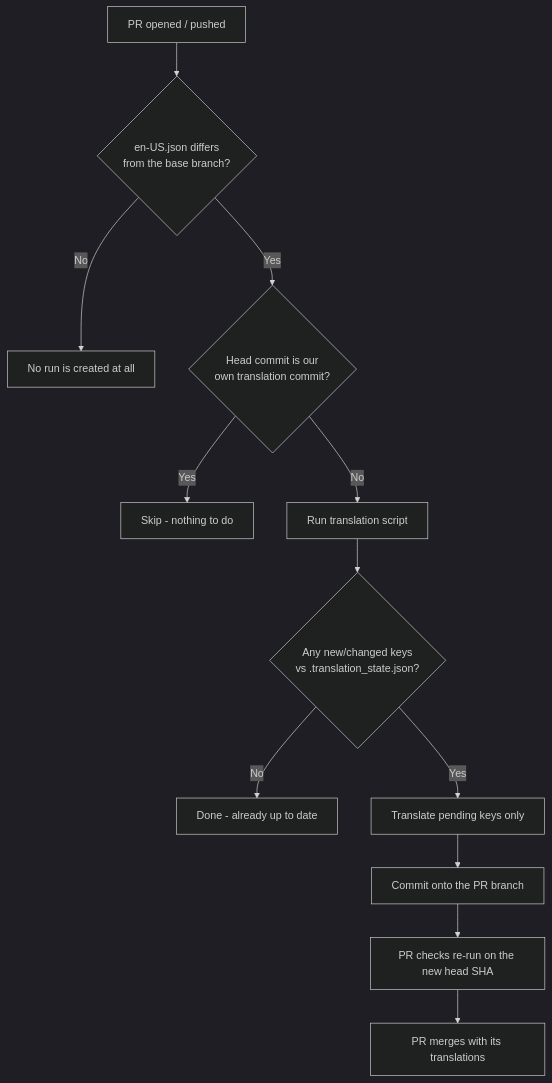
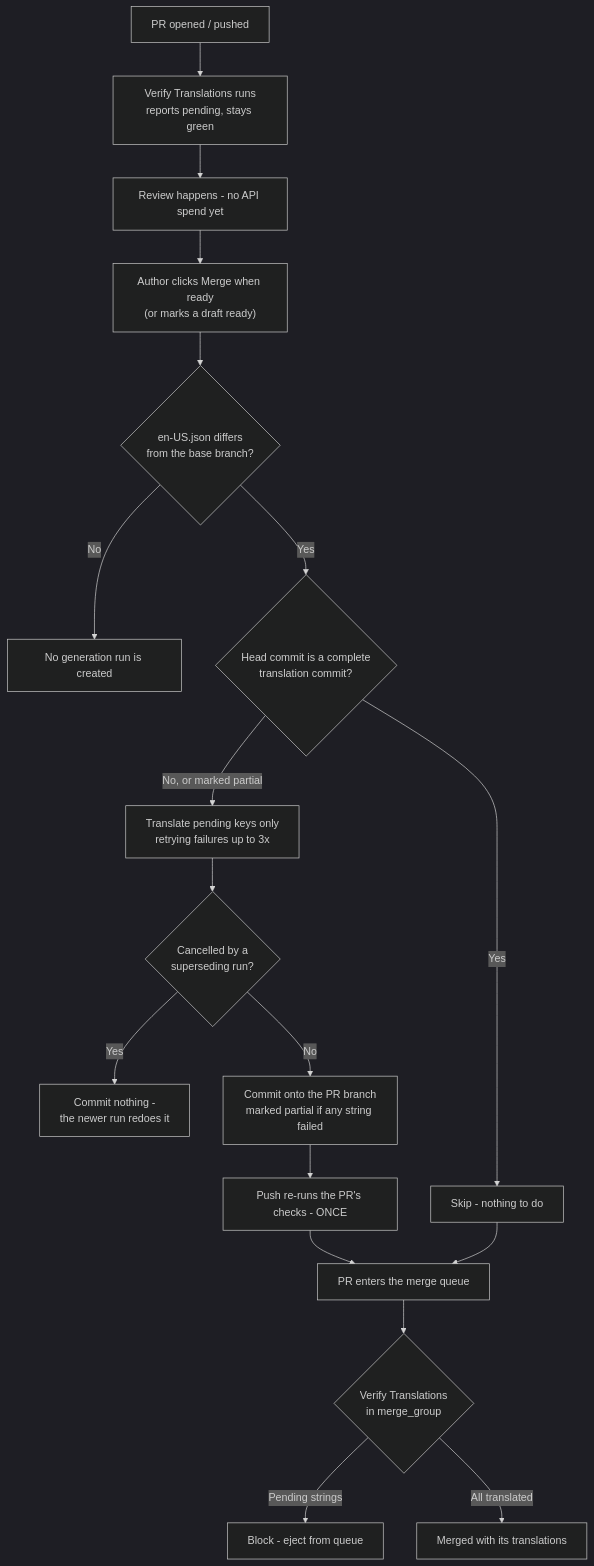
The diagram in scripts/translations/README.md (openobserve/openobserve), drawn with Mermaid (dark theme) before and after one commit. The commit also changed other lines of this file and 5 other files, not shown here.

````diff
--- a/scripts/translations/README.md
+++ b/scripts/translations/README.md
@@ -152,14 +249,20 @@
 ```mermaid
 graph TD
-    A[PR opened / pushed] --> C{en-US.json differs<br/>from the base branch?}
-    C -->|No| E[No run is created at all]
-    C -->|Yes| B{Head commit is our<br/>own translation commit?}
+    A[PR opened / pushed] --> V[Verify Translations runs<br/>reports pending, stays green]
+    V --> P[Review happens - no API spend yet]
+    P --> A2["Author clicks Merge when ready<br/>(or marks a draft ready)"]
+    A2 --> C{en-US.json differs<br/>from the base branch?}
+    C -->|No| E[No generation run is created]
+    C -->|Yes| B{Head commit is a complete<br/>translation commit?}
     B -->|Yes| G2[Skip - nothing to do]
-    B -->|No| D[Run translation script]
-    D --> F{Any new/changed keys<br/>vs .translation_state.json?}
-    F -->|No| G[Done - already up to date]
-    F -->|Yes| H[Translate pending keys only]
-    H --> I[Commit onto the PR branch]
-    I --> J[PR checks re-run on the new head SHA]
-    J --> K[PR merges with its translations]
+    B -->|No, or marked partial| D[Translate pending keys only<br/>retrying failures up to 3x]
+    D --> L{Cancelled by a<br/>superseding run?}
+    L -->|Yes| M[Commit nothing -<br/>the newer run redoes it]
+    L -->|No| I[Commit onto the PR branch<br/>marked partial if any string failed]
+    I --> J[Push re-runs the PR's checks - ONCE]
+    J --> Q[PR enters the merge queue]
+    G2 --> Q
+    Q --> R{Verify Translations<br/>in merge_group}
+    R -->|Pending strings| S[Block - eject from queue]
+    R -->|All translated| K[Merged with its translations]
 ```
````
